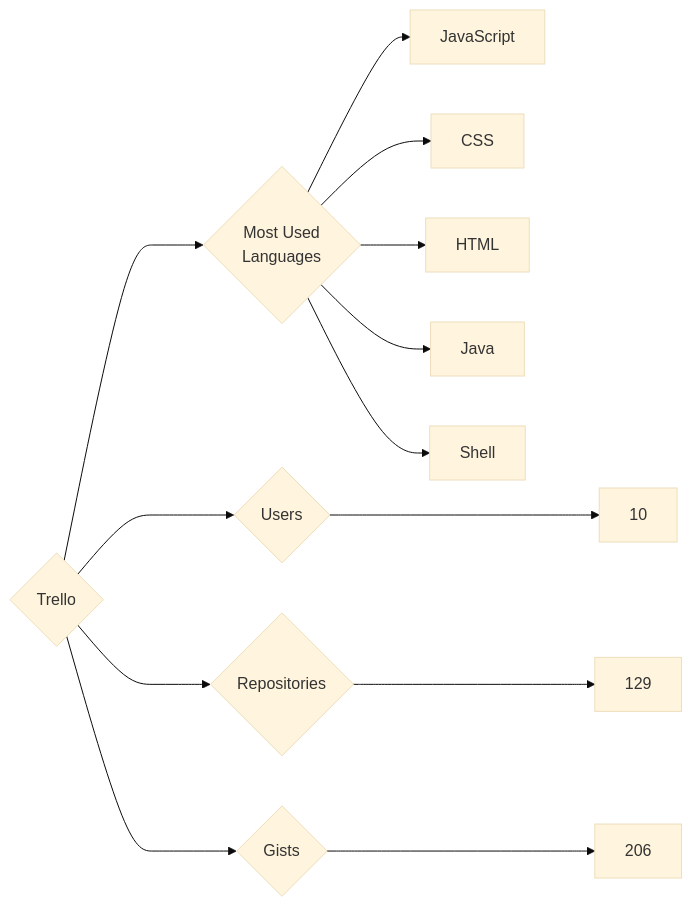
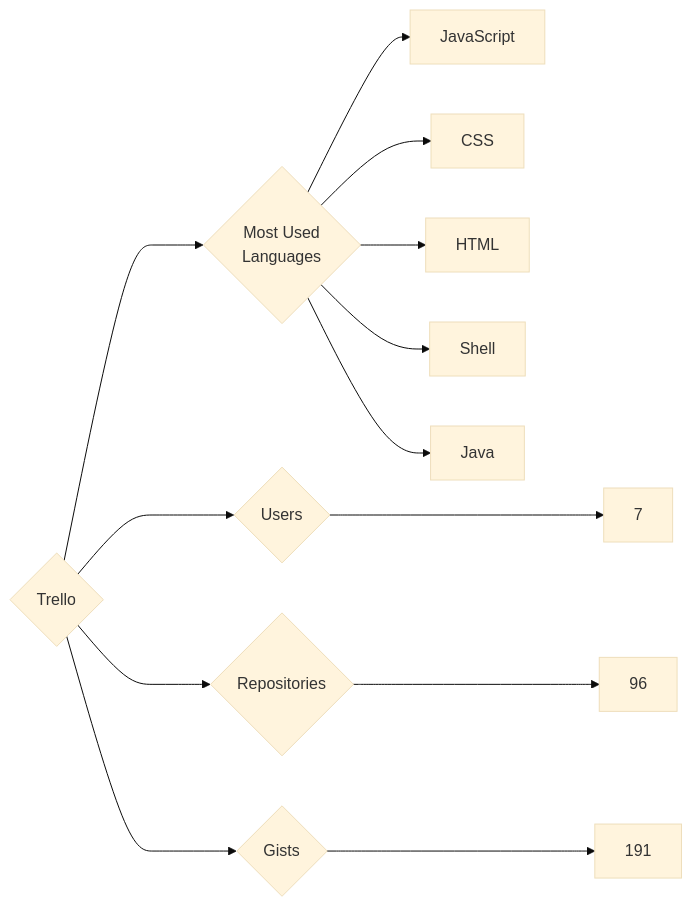
Before and after one commit to trickest/insiders: the diagram in targets/Trello/README.md, drawn with Mermaid (base theme). The commit also changed 970 other files, not shown here.

````diff
--- a/targets/Trello/README.md
+++ b/targets/Trello/README.md
@@ -3,13 +3,13 @@
 ```mermaid
 graph LR
 COMPANY_NAME{Trello}
-COMPANY_NAME ---> U{Users} ---> UN[10]
-COMPANY_NAME ---> R{Repositories} ---> RN[129]
-COMPANY_NAME ---> G{Gists} ---> GN[206]
+COMPANY_NAME ---> U{Users} ---> UN[7]
+COMPANY_NAME ---> R{Repositories} ---> RN[96]
+COMPANY_NAME ---> G{Gists} ---> GN[191]
 COMPANY_NAME ---> ML{Most Used<br>Languages}
 ML --> JavaScript[JavaScript]
 ML --> CSS[CSS]
 ML --> HTML[HTML]
+ML --> Shell[Shell]
 ML --> Java[Java]
-ML --> Shell[Shell]
 ```
````
